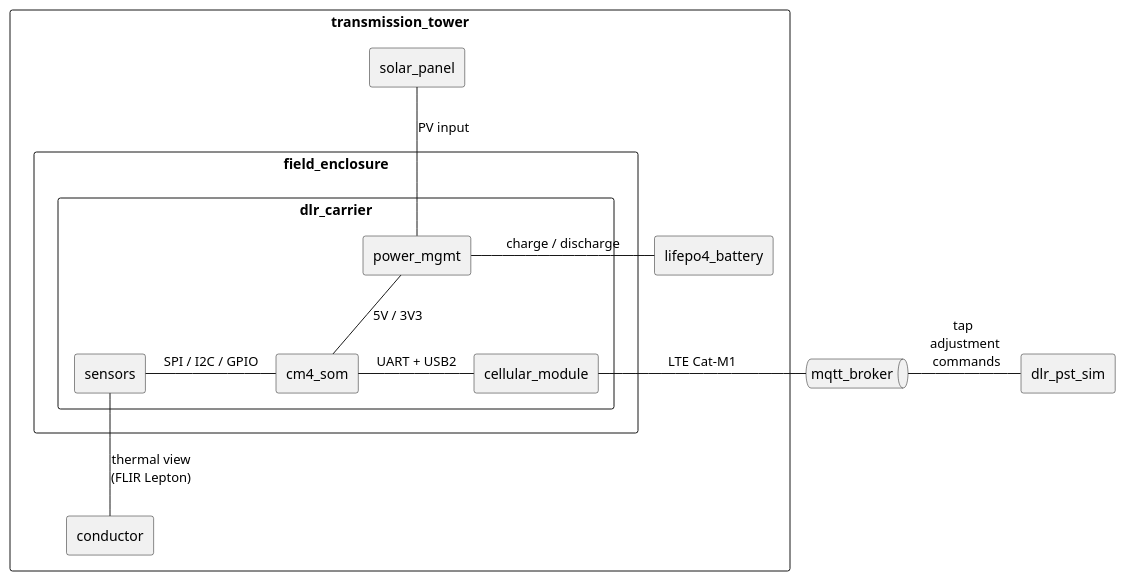
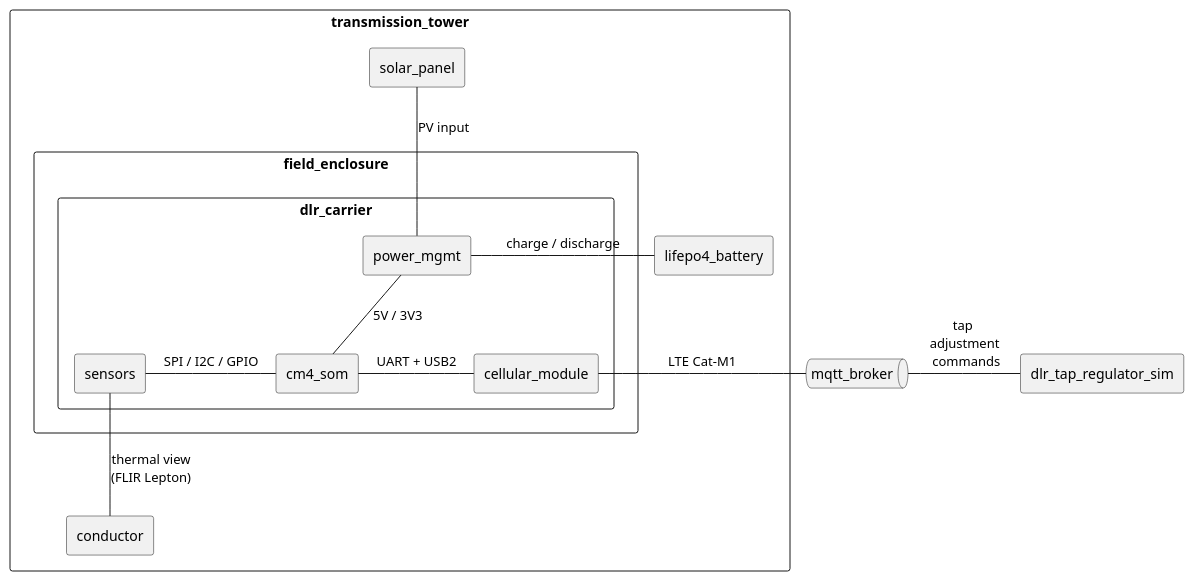
The first of 3 diagrams in readme.md (arcnode-io/dlr-rtu-pcb), drawn with PlantUML before and after one commit. The commit also changed other lines of this file and 3 other files, not shown here.

````diff
--- a/readme.md
+++ b/readme.md
@@ -17,27 +17,27 @@
 ```plantuml
 rectangle transmission_tower {
   rectangle field_enclosure {
     rectangle dlr_carrier {
       rectangle cm4_som
       rectangle cellular_module
       rectangle sensors
       rectangle power_mgmt
     }
   }
   rectangle solar_panel
   rectangle lifepo4_battery
   rectangle conductor
 }
 
 queue mqtt_broker
-rectangle dlr_pst_sim
+rectangle dlr_tap_regulator_sim
 
 solar_panel -d- power_mgmt: PV input
 power_mgmt -l- lifepo4_battery: charge / discharge
 power_mgmt -d- cm4_som: 5V / 3V3
 conductor -u- sensors: thermal view\n(FLIR Lepton)
 sensors -r- cm4_som: SPI / I2C / GPIO
 cm4_som -r- cellular_module: UART + USB2
 cellular_module -r- mqtt_broker: LTE Cat-M1
-mqtt_broker -r- dlr_pst_sim: tap \n adjustment \n commands
+mqtt_broker -r- dlr_tap_regulator_sim: tap \n adjustment \n commands
 ```
````
